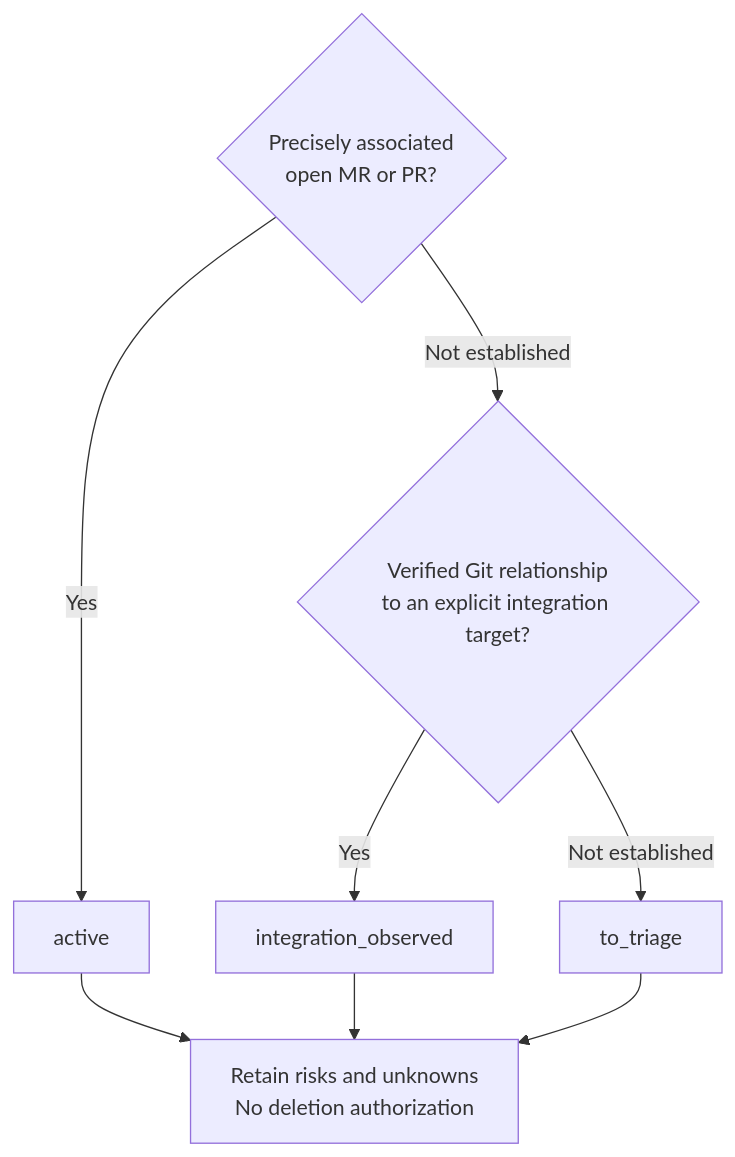
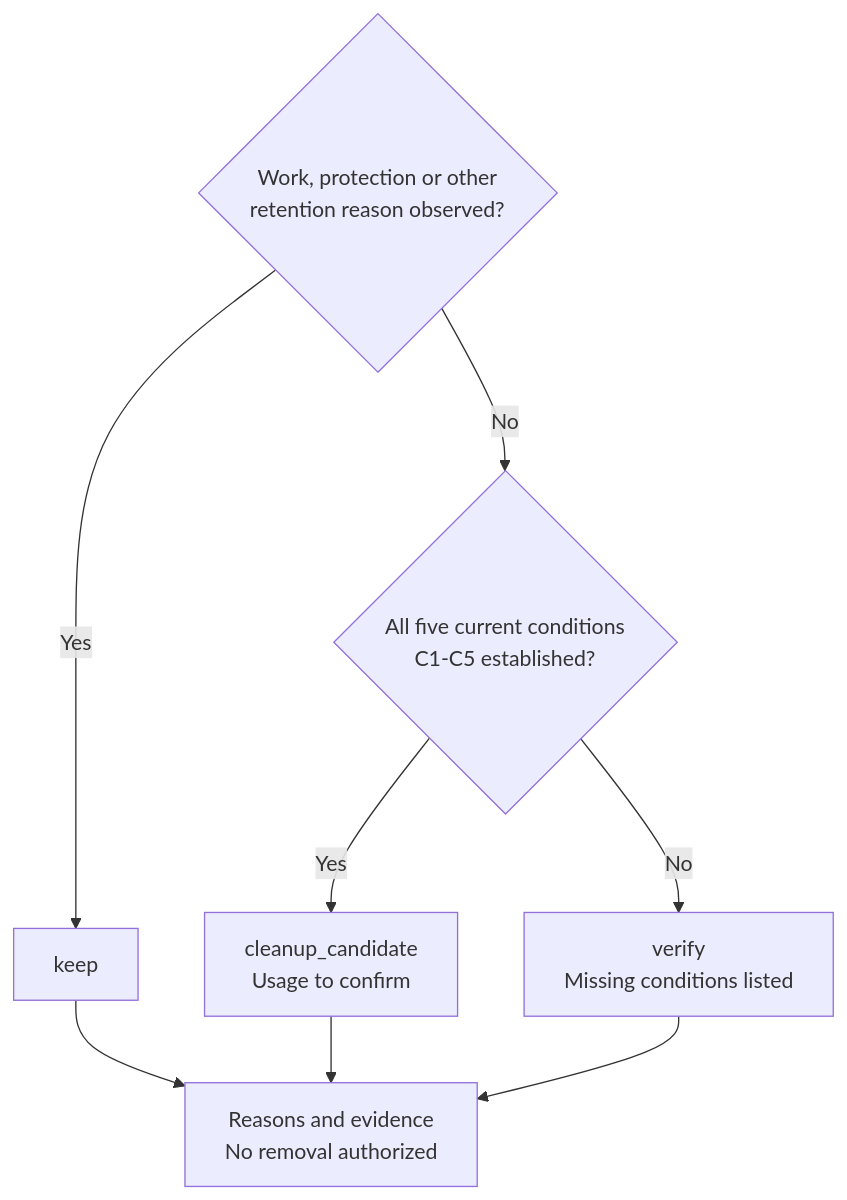
Before and after one commit to FlorianBruniaux/wt-sweep: the second of 2 diagrams in README.md, drawn with Mermaid. The commit also changed other lines of this file and 63 other files, not shown here.

````diff
--- a/README.md
+++ b/README.md
@@ -170,11 +180,11 @@
 ```mermaid
 flowchart TD
-    Open{"Precisely associated<br/>open MR or PR?"}
-    Open -->|Yes| Active["active"]
-    Open -->|Not established| Git{"Verified Git relationship<br/>to an explicit integration target?"}
-    Git -->|Yes| Integrated["integration_observed"]
-    Git -->|Not established| Triage["to_triage"]
-    Active --> Review["Retain risks and unknowns<br/>No deletion authorization"]
-    Integrated --> Review
-    Triage --> Review
+    Reason{"Work, protection or other<br/>retention reason observed?"}
+    Reason -->|Yes| Keep["keep"]
+    Reason -->|No| Proof{"All five current conditions<br/>C1-C5 established?"}
+    Proof -->|Yes| Candidate["cleanup_candidate<br/>Usage to confirm"]
+    Proof -->|No| Verify["verify<br/>Missing conditions listed"]
+    Keep --> Report["Reasons and evidence<br/>No removal authorized"]
+    Candidate --> Report
+    Verify --> Report
 ```
````
